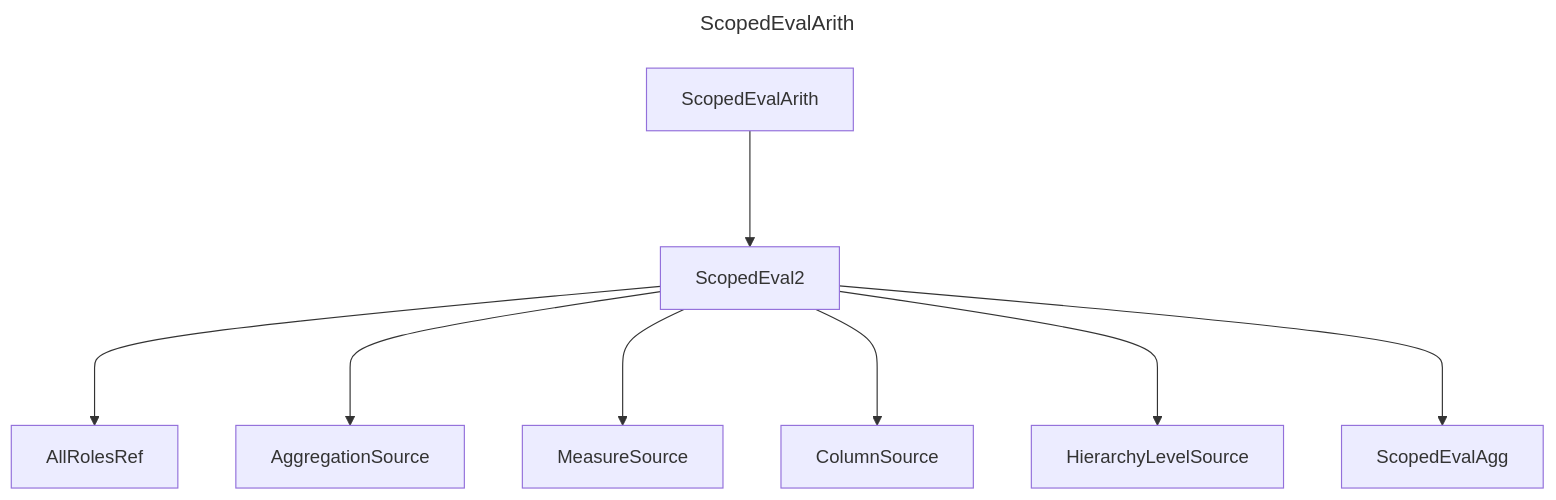
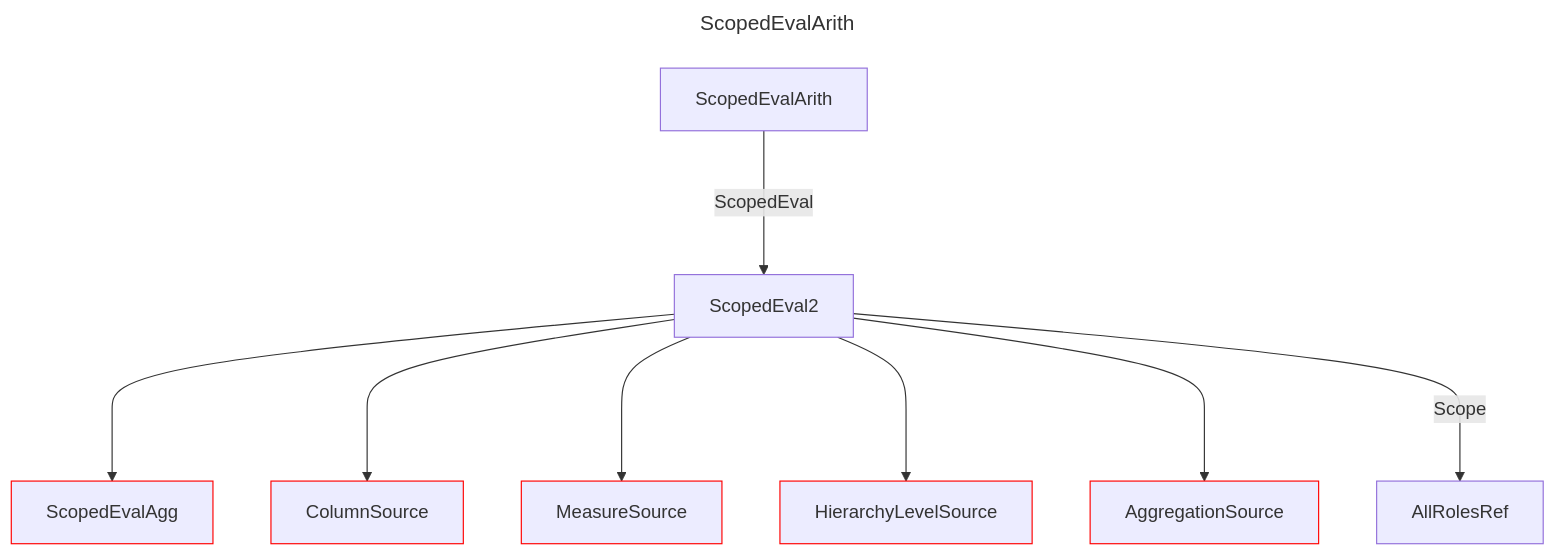
Before and after one commit to douglassimonsen/pbi_core: the diagram in docs/docs/layout/erd/ScopedEvalArith.md, drawn with Mermaid. The commit also changed 77 other files, not shown here.

Commit message:
Updated to color code the layout ERD

````diff
--- a/docs/docs/layout/erd/ScopedEvalArith.md
+++ b/docs/docs/layout/erd/ScopedEvalArith.md
@@ -1,21 +1,26 @@
 ```mermaid
 ---
 title: ScopedEvalArith
 ---
 graph 
-2721642009152["MeasureSource"]
-2721642012080["HierarchyLevelSource"]
-2721642030624["ScopedEvalArith"]
-2721642007200["ScopedEvalAgg"]
-2721642008176["AllRolesRef"]
-2721642014032["ColumnSource"]
-2721642003296["AggregationSource"]
-2721642019888["ScopedEval2"]
-2721642019888 ---> 2721642008176
-2721642019888 ---> 2721642003296
-2721642019888 ---> 2721642009152
-2721642019888 ---> 2721642014032
-2721642019888 ---> 2721642012080
-2721642030624 ---> 2721642019888
-2721642019888 ---> 2721642007200
+2430071365824["ColumnSource"]
+style 2430071365824 stroke:#ff0000,stroke-width:1px
+2430071359968["MeasureSource"]
+style 2430071359968 stroke:#ff0000,stroke-width:1px
+2430071371680["ScopedEvalAgg"]
+style 2430071371680 stroke:#ff0000,stroke-width:1px
+2430071361920["ScopedEval2"]
+2430071358016["AggregationSource"]
+style 2430071358016 stroke:#ff0000,stroke-width:1px
+2430071376560["ScopedEvalArith"]
+2430071363872["HierarchyLevelSource"]
+style 2430071363872 stroke:#ff0000,stroke-width:1px
+2430071360944["AllRolesRef"]
+2430071376560 --->|ScopedEval| 2430071361920
+2430071361920 ---> 2430071371680
+2430071361920 ---> 2430071365824
+2430071361920 ---> 2430071359968
+2430071361920 ---> 2430071363872
+2430071361920 ---> 2430071358016
+2430071361920 --->|Scope| 2430071360944
 ```
````
